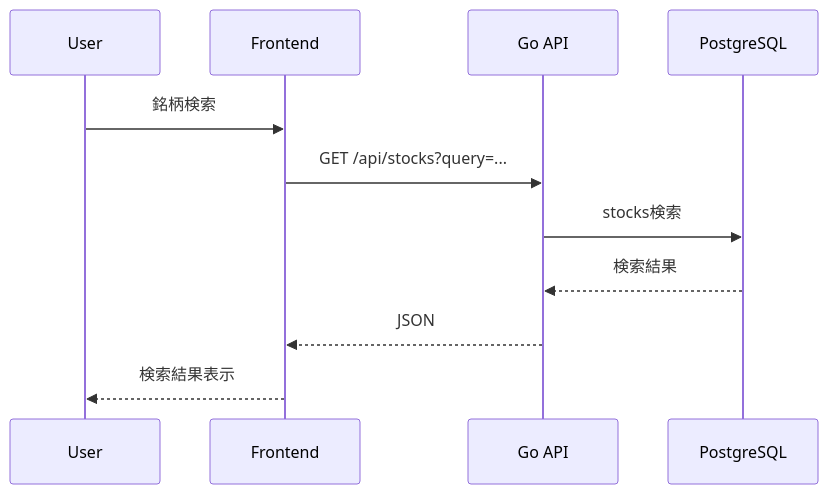
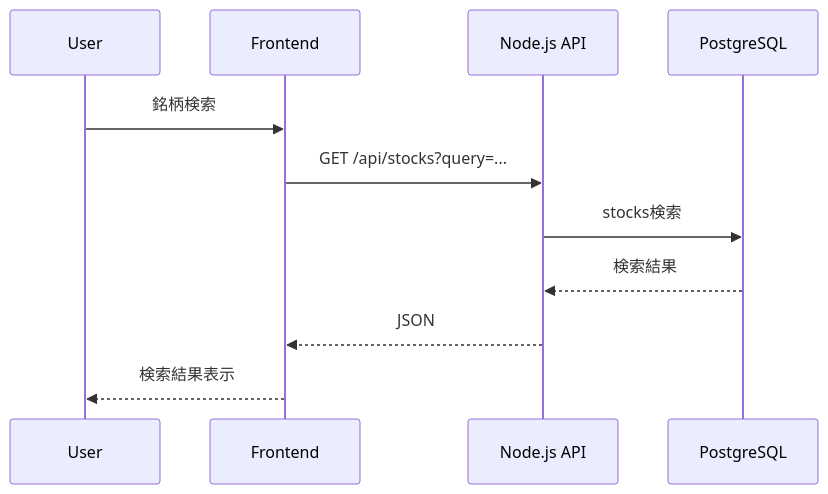
One commit to KodaiShiraishi/alphalens-jp changed the third of 5 diagrams in docs/02_system_design.md. Above: the diagram before and after it, drawn with Mermaid. The commit also changed other lines of this file and 9 other files, not shown here.

Commit message:
docs: align MVP architecture with TypeScript stack

````diff
--- a/docs/02_system_design.md
+++ b/docs/02_system_design.md
@@ -141,14 +143,14 @@
 ```mermaid
 sequenceDiagram
   participant U as User
   participant FE as Frontend
-  participant API as Go API
+  participant API as Node.js API
   participant DB as PostgreSQL
 
   U->>FE: 銘柄検索
   FE->>API: GET /api/stocks?query=...
   API->>DB: stocks検索
   DB-->>API: 検索結果
   API-->>FE: JSON
   FE-->>U: 検索結果表示
 ```
````
